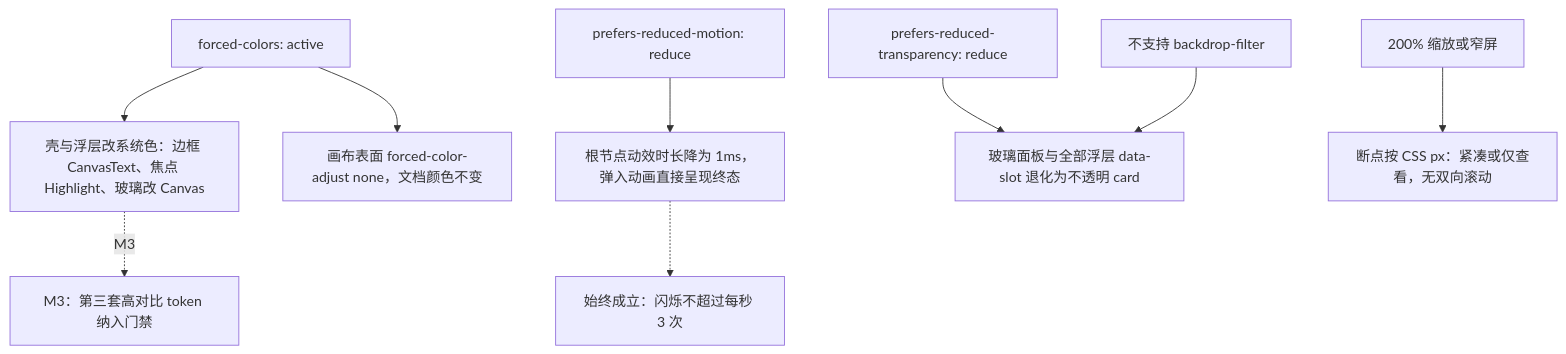
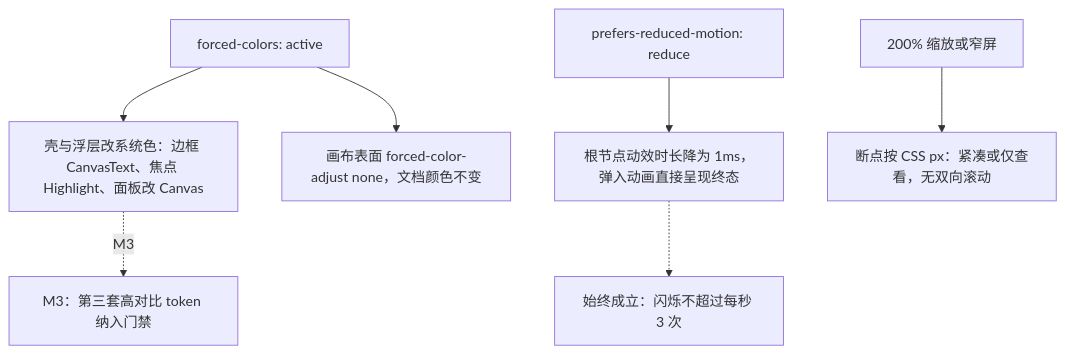
One commit to Xeonice/cordis-ppt-editor changed the fifth of 5 diagrams in docs/50-frontend/16-i18n-and-accessibility.md. Above: the diagram before and after it, drawn with Mermaid. The commit also changed other lines of this file and 25 other files, not shown here.

````diff
--- a/docs/50-frontend/16-i18n-and-accessibility.md
+++ b/docs/50-frontend/16-i18n-and-accessibility.md
@@ -353,23 +527,18 @@
 ```mermaid
 flowchart TB
   fc["forced-colors: active"]
   rm["prefers-reduced-motion: reduce"]
-  rt["prefers-reduced-transparency: reduce"]
-  nobf["不支持 backdrop-filter"]
   zoom["200% 缩放或窄屏"]
-  fcShell["壳与浮层改系统色：边框 CanvasText、焦点 Highlight、玻璃改 Canvas"]
+  fcShell["壳与浮层改系统色：边框 CanvasText、焦点 Highlight、面板改 Canvas"]
   fcCanvas["画布表面 forced-color-adjust none，文档颜色不变"]
   rmOut["根节点动效时长降为 1ms，弹入动画直接呈现终态"]
-  glass["玻璃面板与全部浮层 data-slot 退化为不透明 card"]
   zoomOut["断点按 CSS px：紧凑或仅查看，无双向滚动"]
   flash["始终成立：闪烁不超过每秒 3 次"]
   hc["M3：第三套高对比 token 纳入门禁"]
   fc --> fcShell
   fc --> fcCanvas
   fcShell -.->|"M3"| hc
   rm --> rmOut
-  rt --> glass
-  nobf --> glass
   zoom --> zoomOut
   rmOut -.-> flash
 ```
````
